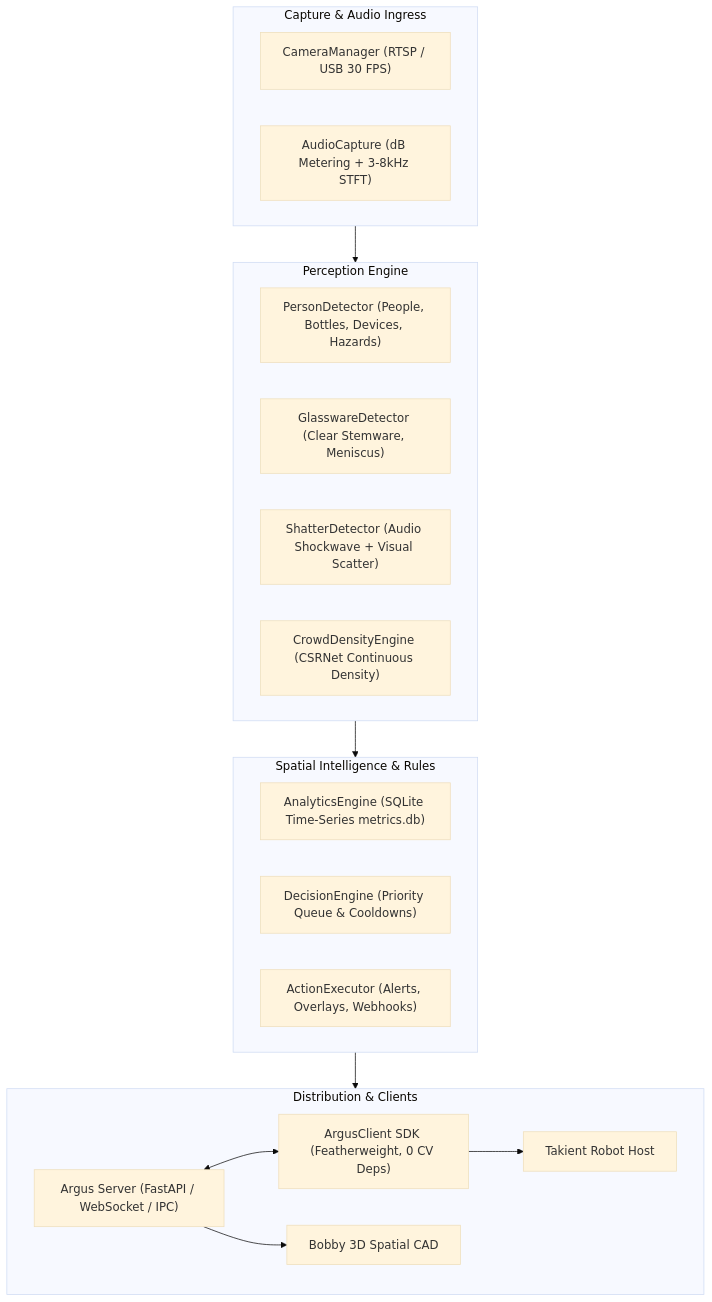
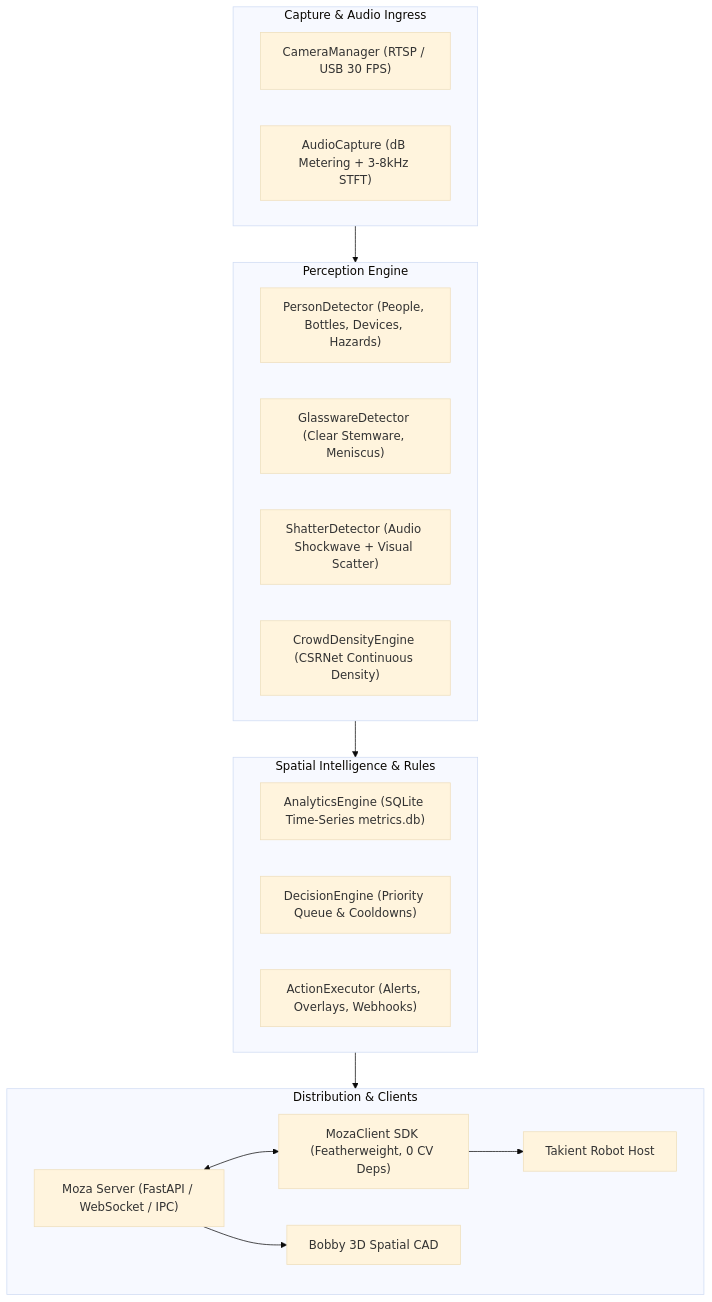
The diagram in README.md (luisenriquecgongora/moza), drawn with Mermaid (base theme) before and after one commit. The commit also changed other lines of this file and 28 other files, not shown here.

Commit message:
refactor(core): rename product from argus to moza

````diff
--- a/README.md
+++ b/README.md
@@ -35,34 +35,34 @@
 ```mermaid
 flowchart TD
     subgraph Ingest["Capture & Audio Ingress"]
         Cam["CameraManager (RTSP / USB 30 FPS)"]
         Mic["AudioCapture (dB Metering + 3-8kHz STFT)"]
     end
 
     subgraph Perception["Perception Engine"]
         YOLO["PersonDetector (People, Bottles, Devices, Hazards)"]
         Glass["GlasswareDetector (Clear Stemware, Meniscus)"]
         Shatter["ShatterDetector (Audio Shockwave + Visual Scatter)"]
         Crowd["CrowdDensityEngine (CSRNet Continuous Density)"]
     end
 
     subgraph Analytics["Spatial Intelligence & Rules"]
         DB["AnalyticsEngine (SQLite Time-Series metrics.db)"]
         Decide["DecisionEngine (Priority Queue & Cooldowns)"]
         Action["ActionExecutor (Alerts, Overlays, Webhooks)"]
     end
 
     subgraph Interface["Distribution & Clients"]
-        Daemon["Argus Server (FastAPI / WebSocket / IPC)"]
-        Client["ArgusClient SDK (Featherweight, 0 CV Deps)"]
+        Daemon["Moza Server (FastAPI / WebSocket / IPC)"]
+        Client["MozaClient SDK (Featherweight, 0 CV Deps)"]
         RobotHost["Takient Robot Host"]
         Bobby["Bobby 3D Spatial CAD"]
     end
 
     Ingest --> Perception
     Perception --> Analytics
     Analytics --> Interface
     Daemon <--> Client
     Client --> RobotHost
     Daemon --> Bobby
 ```
````
